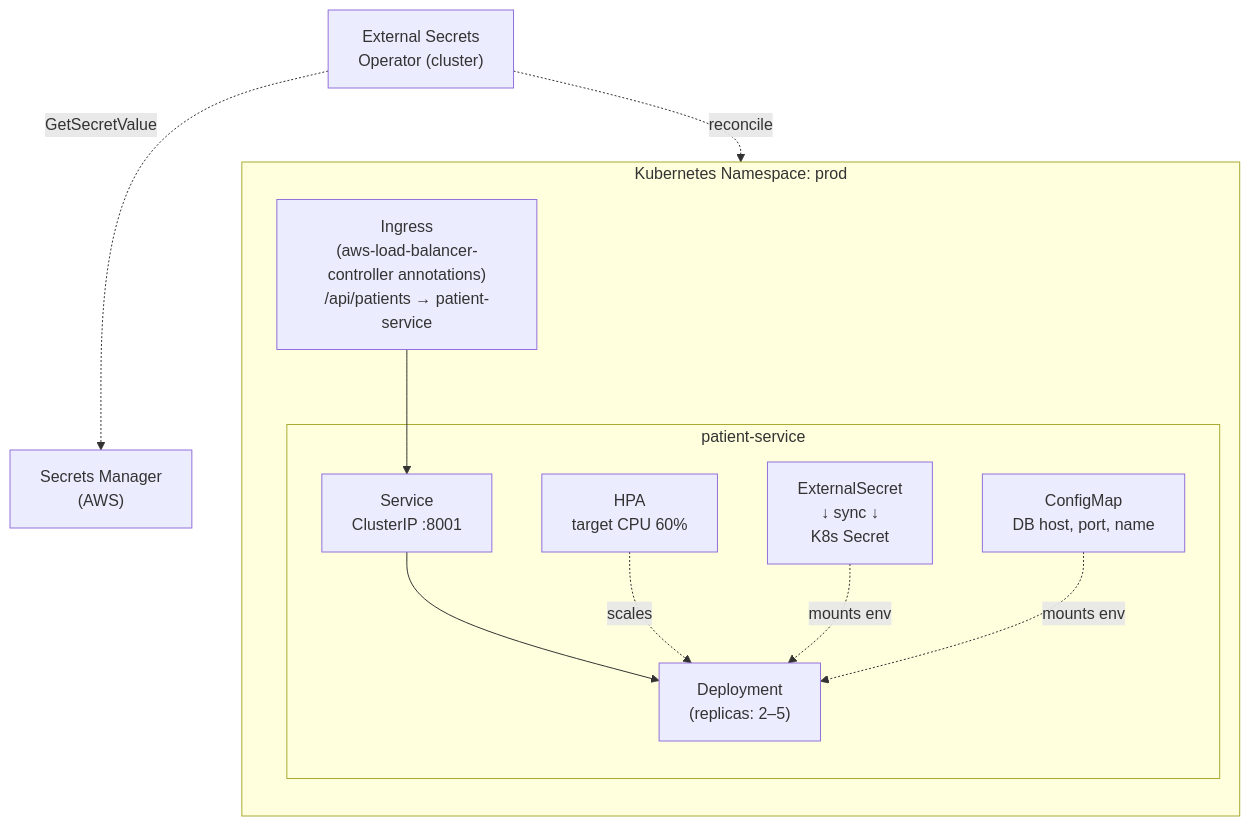
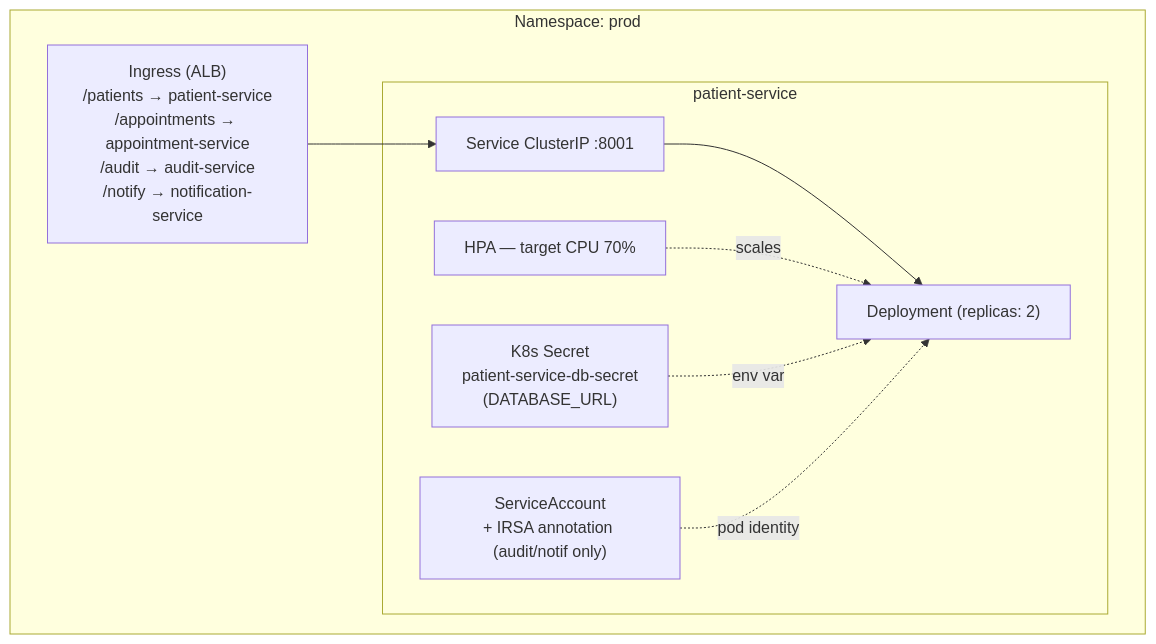
The fifth of 7 diagrams in README.md (chala2001/cloud-care-k8s), drawn with Mermaid before and after one commit. The commit also changed other lines of this file and 33 other files, not shown here.

Commit message:
enabled ALB and up the cluster

````diff
--- a/README.md
+++ b/README.md
@@ -443,25 +372,18 @@
 ```mermaid
 flowchart TB
-    subgraph NS["Kubernetes Namespace: prod"]
-        direction TB
+    subgraph NS["Namespace: prod"]
         subgraph SVC["patient-service"]
-            D1["Deployment\n(replicas: 2–5)"]
-            SVC1["Service\nClusterIP :8001"]
-            HPA1["HPA\ntarget CPU 60%"]
-            ES1["ExternalSecret\n↓ sync ↓\nK8s Secret"]
-            CM1["ConfigMap\nDB host, port, name"]
+            D1["Deployment (replicas: 2)"]
+            SVC1["Service ClusterIP :8001"]
+            HPA1["HPA — target CPU 70%"]
+            SA1["ServiceAccount\n+ IRSA annotation (audit/notif only)"]
+            SEC1["K8s Secret\npatient-service-db-secret\n(DATABASE_URL)"]
         end
-        ING["Ingress\n(aws-load-balancer-controller annotations)\n/api/patients → patient-service"]
+        ING["Ingress (ALB)\n/patients → patient-service\n/appointments → appointment-service\n/audit → audit-service\n/notify → notification-service"]
     end
 
-    ESOp["External Secrets\nOperator (cluster)"]
-    SMgr["Secrets Manager\n(AWS)"]
-
-    ING --> SVC1
-    SVC1 --> D1
+    ING --> SVC1 --> D1
     HPA1 -. scales .-> D1
-    ES1 -. mounts env .-> D1
-    CM1 -. mounts env .-> D1
-    ESOp -. reconcile .-> ES1
-    ESOp -. GetSecretValue .-> SMgr
+    SEC1 -. env var .-> D1
+    SA1 -. pod identity .-> D1
 ```
````
